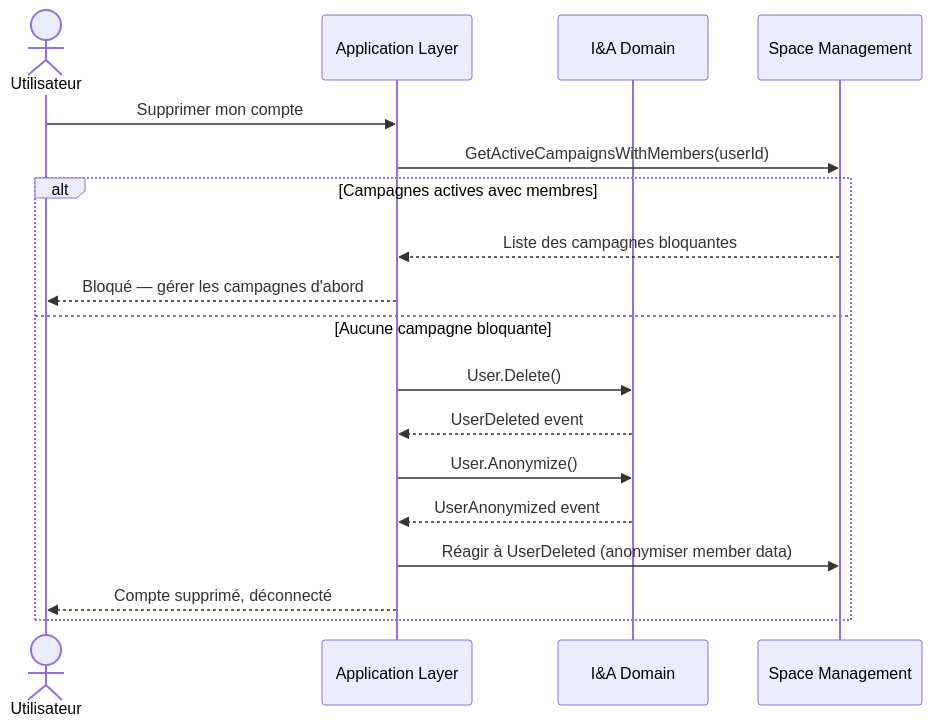
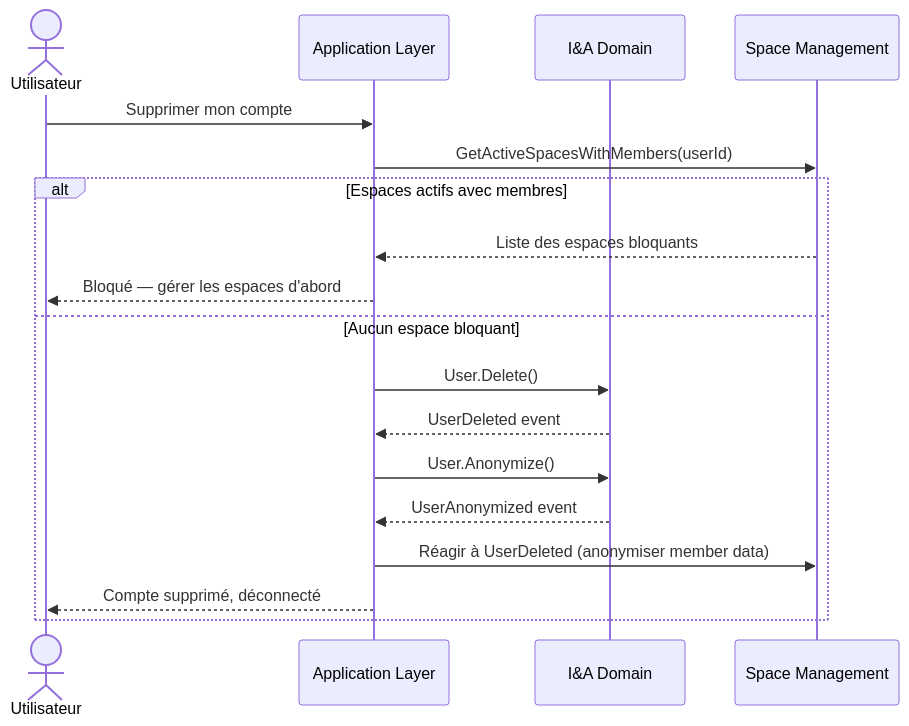
The fourth of 6 diagrams in docs/conception/domain/diagrams/flows/identity-access.md (2025-10-CDA-ECO-P6/PM-micro-saas), drawn with Mermaid before and after one commit. The commit also changed other lines of this file and 68 other files, not shown here.

First line of the commit message:
docs(corpus): renomme Campaign en Space et ajoute les spécifications techniques

````diff
--- a/docs/conception/domain/diagrams/flows/identity-access.md
+++ b/docs/conception/domain/diagrams/flows/identity-access.md
@@ -69,21 +69,21 @@
 ```mermaid
 sequenceDiagram
     actor Utilisateur
     participant App as Application Layer
     participant IA as I&A Domain
-    participant CM as Space Management
+    participant SM as Space Management
 
     Utilisateur->>App: Supprimer mon compte
-    App->>CM: GetActiveCampaignsWithMembers(userId)
-    alt Campagnes actives avec membres
-        CM-->>App: Liste des campagnes bloquantes
-        App-->>Utilisateur: Bloqué — gérer les campagnes d'abord
-    else Aucune campagne bloquante
+    App->>SM: GetActiveSpacesWithMembers(userId)
+    alt Espaces actifs avec membres
+        SM-->>App: Liste des espaces bloquants
+        App-->>Utilisateur: Bloqué — gérer les espaces d'abord
+    else Aucun espace bloquant
         App->>IA: User.Delete()
         IA-->>App: UserDeleted event
         App->>IA: User.Anonymize()
         IA-->>App: UserAnonymized event
-        App->>CM: Réagir à UserDeleted (anonymiser member data)
+        App->>SM: Réagir à UserDeleted (anonymiser member data)
         App-->>Utilisateur: Compte supprimé, déconnecté
     end
 ```
````
